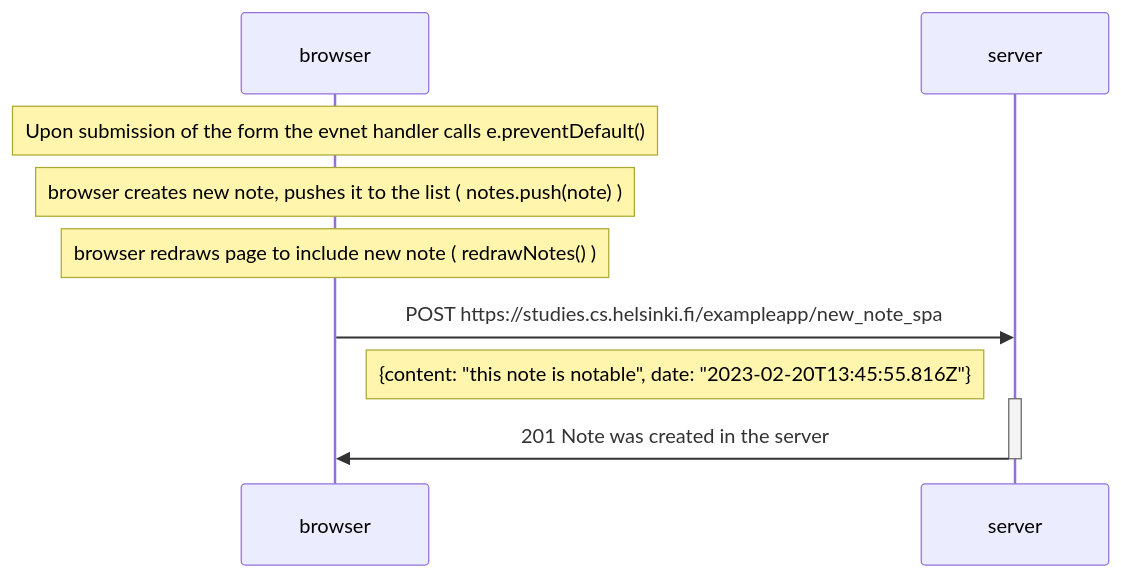
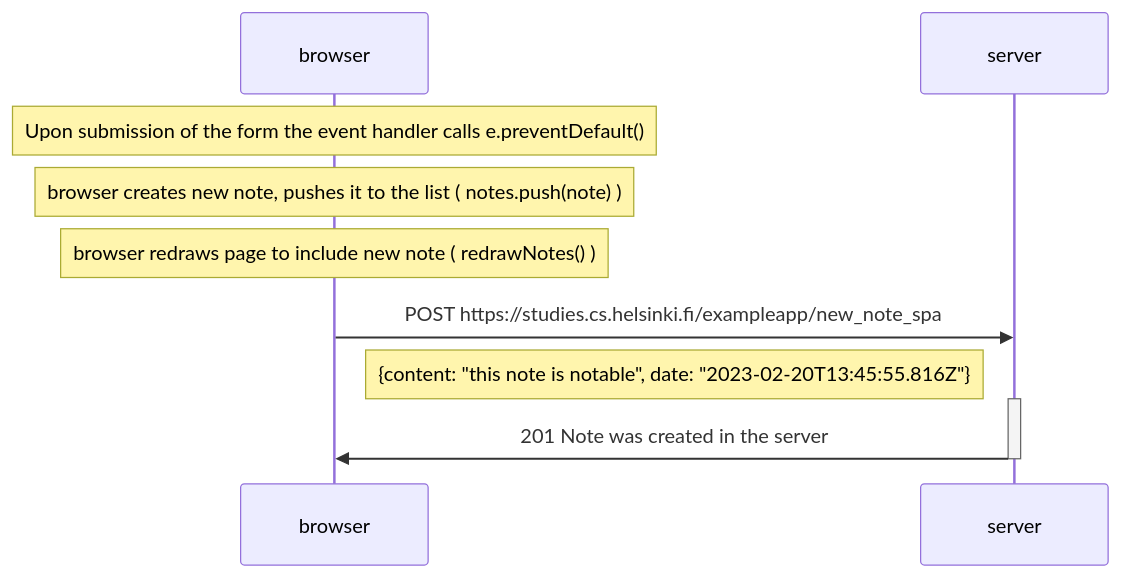
The diagram in part0/0.6.md (flealc/fullstackopen-submissions), drawn with Mermaid before and after one commit.

Commit message:
correct typo on 0.6

````diff
--- a/part0/0.6.md
+++ b/part0/0.6.md
@@ -1,14 +1,14 @@
 ```mermaid
 sequenceDiagram
     participant browser
     participant server
     
-    Note over browser: Upon submission of the form the evnet handler calls e.preventDefault()
+    Note over browser: Upon submission of the form the event handler calls e.preventDefault()
     Note over browser: browser creates new note, pushes it to the list ( notes.push(note) )
     Note over browser: browser redraws page to include new note ( redrawNotes() )
     browser->>server: POST https://studies.cs.helsinki.fi/exampleapp/new_note_spa
     Note right of browser: {content: "this note is notable", date: "2023-02-20T13:45:55.816Z"}
     activate server
     server->>browser: 201 Note was created in the server
     deactivate server
 ```
````
